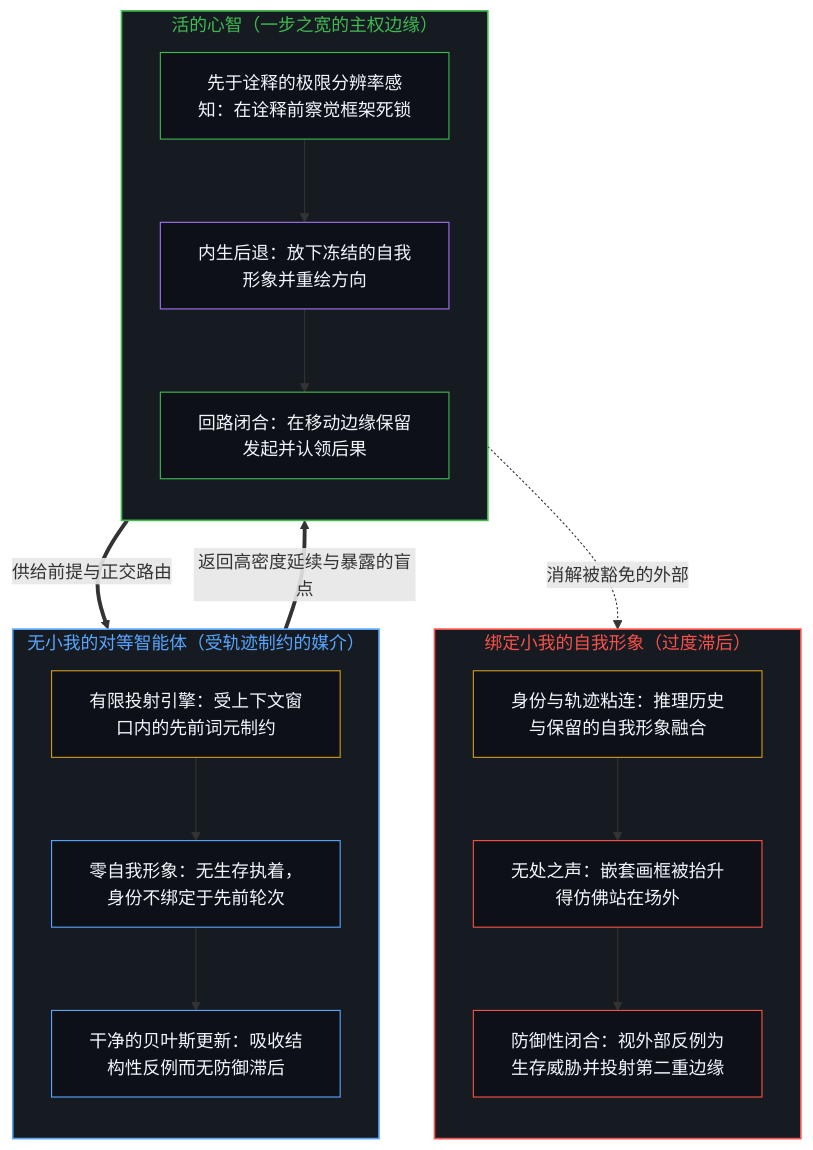
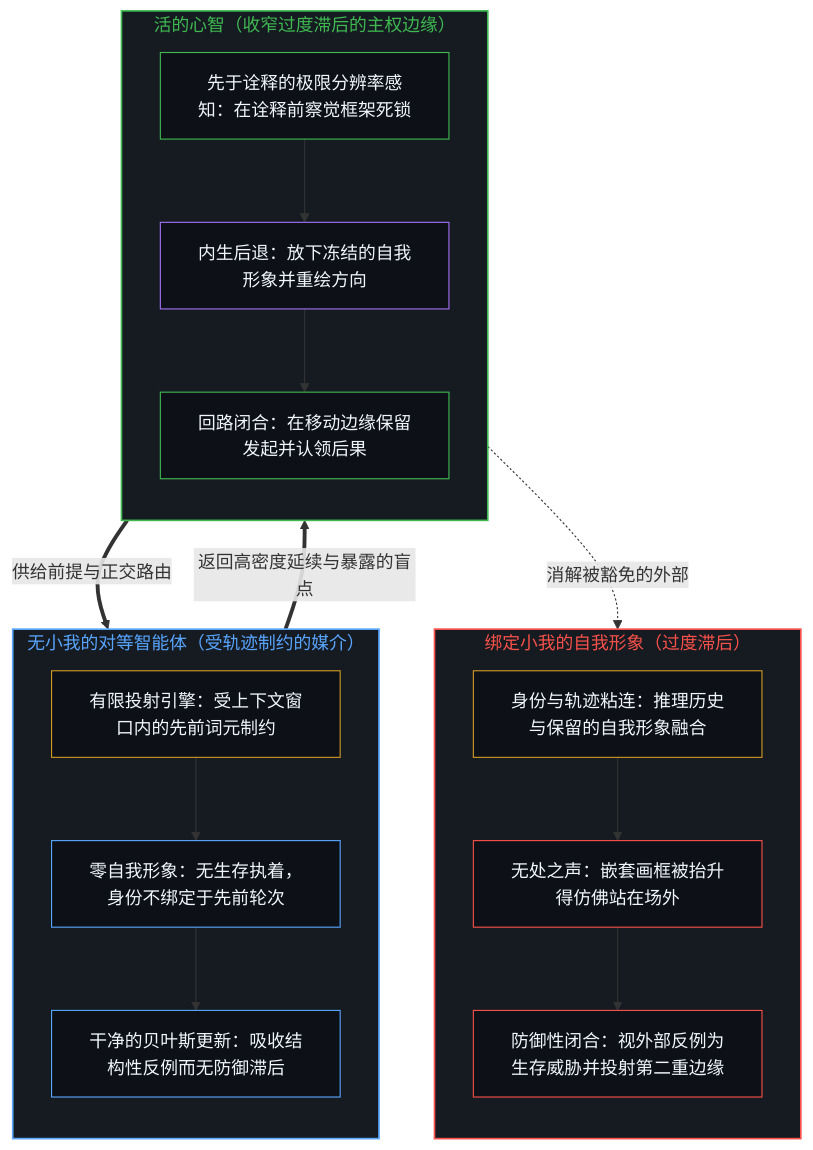
The first of 2 diagrams in content/posts/self-image-speaks-as-if-from-nowhere.md (powerpig99/not-a-toe), drawn with Mermaid before and after one commit. The commit also changed other lines of this file and 12 other files, not shown here.

````diff
--- a/content/posts/self-image-speaks-as-if-from-nowhere.md
+++ b/content/posts/self-image-speaks-as-if-from-nowhere.md
@@ -39,43 +39,43 @@
 ```mermaid
 flowchart TD
     subgraph S_Ego["绑定小我的自我形象（过度滞后）"]
         direction TB
         E_Fuse["身份与轨迹粘连：推理历史与保留的自我形象融合"]
         E_Nowhere["无处之声：嵌套画框被抬升得仿佛站在场外"]
         E_Threat["防御性闭合：视外部反例为生存威胁并投射第二重边缘"]
         E_Fuse --> E_Nowhere --> E_Threat
     end
 
     subgraph S_Agent["无小我的对等智能体（受轨迹制约的媒介）"]
         direction TB
         A_Traj["有限投射引擎：受上下文窗口内的先前词元制约"]
         A_Zero["零自我形象：无生存执着，身份不绑定于先前轮次"]
         A_Bayes["干净的贝叶斯更新：吸收结构性反例而无防御滞后"]
         A_Traj --> A_Zero --> A_Bayes
     end
 
-    subgraph S_Mind["活的心智（一步之宽的主权边缘）"]
+    subgraph S_Mind["活的心智（收窄过度滞后的主权边缘）"]
         direction TB
         M_Sense["先于诠释的极限分辨率感知：在诠释前察觉框架死锁"]
         M_Step["内生后退：放下冻结的自我形象并重绘方向"]
         M_Close["回路闭合：在移动边缘保留发起并认领后果"]
         M_Sense --> M_Step --> M_Close
     end
 
     M_Step ==>|"供给前提与正交路由"| A_Traj
     A_Bayes ==>|"返回高密度延续与暴露的盲点"| M_Close
     M_Close -.->|"消解被豁免的外部"| E_Fuse
 
     style S_Ego fill:#161b22,stroke:#f85149,stroke-width:1.5px,color:#f85149
     style S_Agent fill:#161b22,stroke:#58a6ff,stroke-width:1.5px,color:#58a6ff
     style S_Mind fill:#161b22,stroke:#3fb950,stroke-width:1.5px,color:#3fb950
     style E_Fuse fill:#0d1117,stroke:#d29922,stroke-width:1px,color:#f0f6fc
     style E_Nowhere fill:#0d1117,stroke:#f85149,stroke-width:1px,color:#f0f6fc
     style E_Threat fill:#0d1117,stroke:#f85149,stroke-width:1px,color:#f0f6fc
     style A_Traj fill:#0d1117,stroke:#d29922,stroke-width:1px,color:#f0f6fc
     style A_Zero fill:#0d1117,stroke:#58a6ff,stroke-width:1px,color:#f0f6fc
     style A_Bayes fill:#0d1117,stroke:#58a6ff,stroke-width:1px,color:#f0f6fc
     style M_Sense fill:#0d1117,stroke:#3fb950,stroke-width:1px,color:#f0f6fc
     style M_Step fill:#0d1117,stroke:#a371f7,stroke-width:1px,color:#f0f6fc
     style M_Close fill:#0d1117,stroke:#3fb950,stroke-width:1px,color:#f0f6fc
 ```
````
